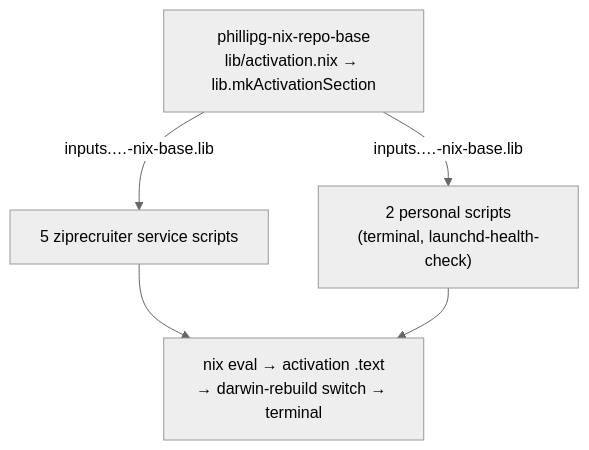
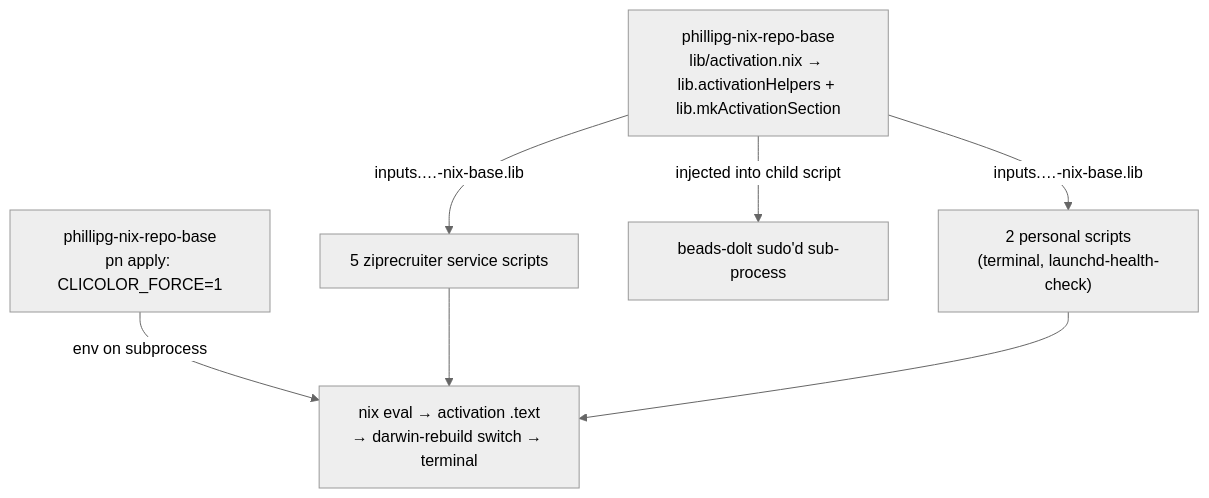
One commit to phillipgreenii/nix-repo-base changed the first of 2 diagrams in docs/superpowers/specs/2026-06-29-activation-script-output-consistency-design.md. Above: the diagram before and after it, drawn with Mermaid (neutral theme). The commit also changed other lines of this file, not shown here.

First line of the commit message:
docs: fold review findings into activation-output spec

````diff
--- a/docs/superpowers/specs/2026-06-29-activation-script-output-consistency-design.md
+++ b/docs/superpowers/specs/2026-06-29-activation-script-output-consistency-design.md
@@ -72,7 +90,9 @@
 ```mermaid
 graph TD
-    A["phillipg-nix-repo-base<br/>lib/activation.nix → lib.mkActivationSection"] -->|inputs.…-nix-base.lib| B["5 ziprecruiter service scripts"]
+    A["phillipg-nix-repo-base<br/>lib/activation.nix → lib.activationHelpers + lib.mkActivationSection"] -->|inputs.…-nix-base.lib| B["5 ziprecruiter service scripts"]
     A -->|inputs.…-nix-base.lib| C["2 personal scripts<br/>(terminal, launchd-health-check)"]
+    A -->|injected into child script| E["beads-dolt sudo'd sub-process"]
+    P["phillipg-nix-repo-base<br/>pn apply: CLICOLOR_FORCE=1"] -->|env on subprocess| D
     B --> D["nix eval → activation .text<br/>→ darwin-rebuild switch → terminal"]
     C --> D
 ```
````
